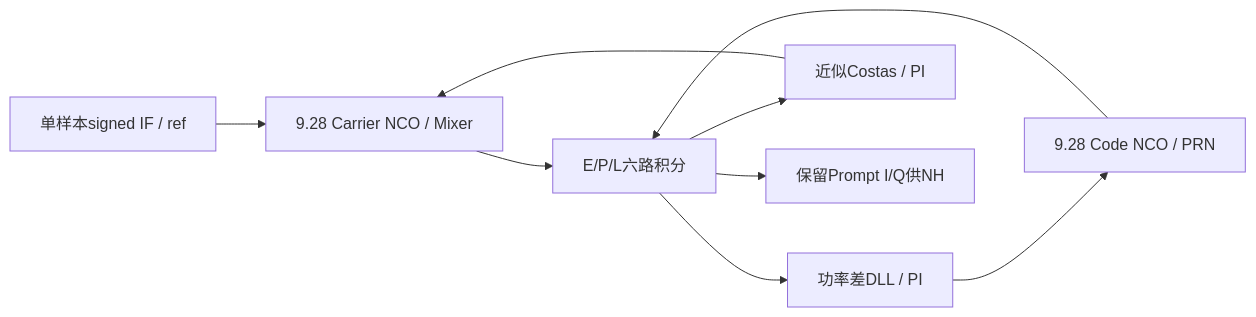
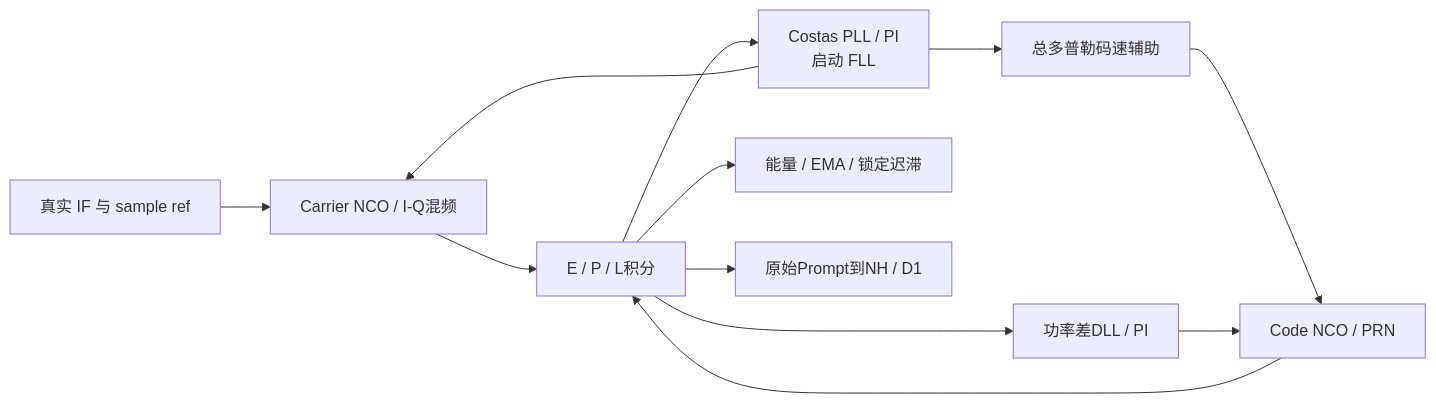
One commit to Ultramarine-1011/B1I_Receiver_EDA changed the diagram in docs/TRACKING_REPORT.md. Above: the diagram before and after it, drawn with Mermaid. The commit also changed other lines of this file and 31 other files, not shown here.

````diff
--- a/docs/TRACKING_REPORT.md
+++ b/docs/TRACKING_REPORT.md
@@ -7,11 +31,14 @@
 ```mermaid
 flowchart LR
-    IF[单样本signed IF / ref] --> MIX[9.28 Carrier NCO / Mixer]
-    CODE[9.28 Code NCO / PRN] --> COR[E/P/L六路积分]
-    MIX --> COR
-    COR --> DLL[功率差DLL / PI]
-    COR --> PLL[近似Costas / PI]
+    IF[真实 IF 与 sample ref] --> MIX[Carrier NCO / I-Q混频]
+    CODE[Code NCO / PRN] --> EPL[E / P / L积分]
+    MIX --> EPL
+    EPL --> DLL[功率差DLL / PI]
+    EPL --> PLL["Costas PLL / PI<br/>启动 FLL"]
+    PLL --> MIX
+    PLL --> AID[总多普勒码速辅助]
+    AID --> CODE
     DLL --> CODE
-    PLL --> MIX
-    COR --> PROMPT[保留Prompt I/Q供NH]
+    EPL --> LOCK[能量 / EMA / 锁定迟滞]
+    EPL --> NAV[原始Prompt到NH / D1]
 ```
````
